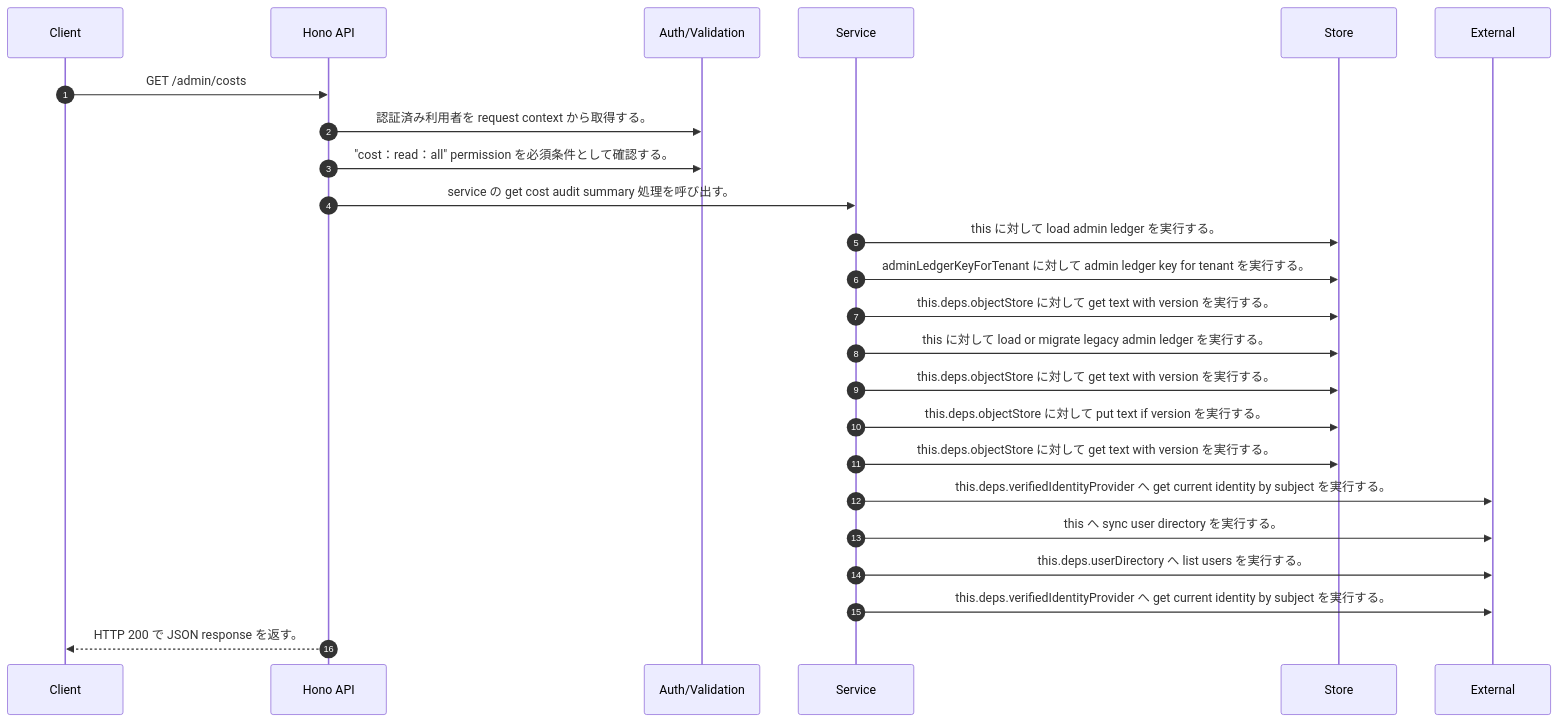
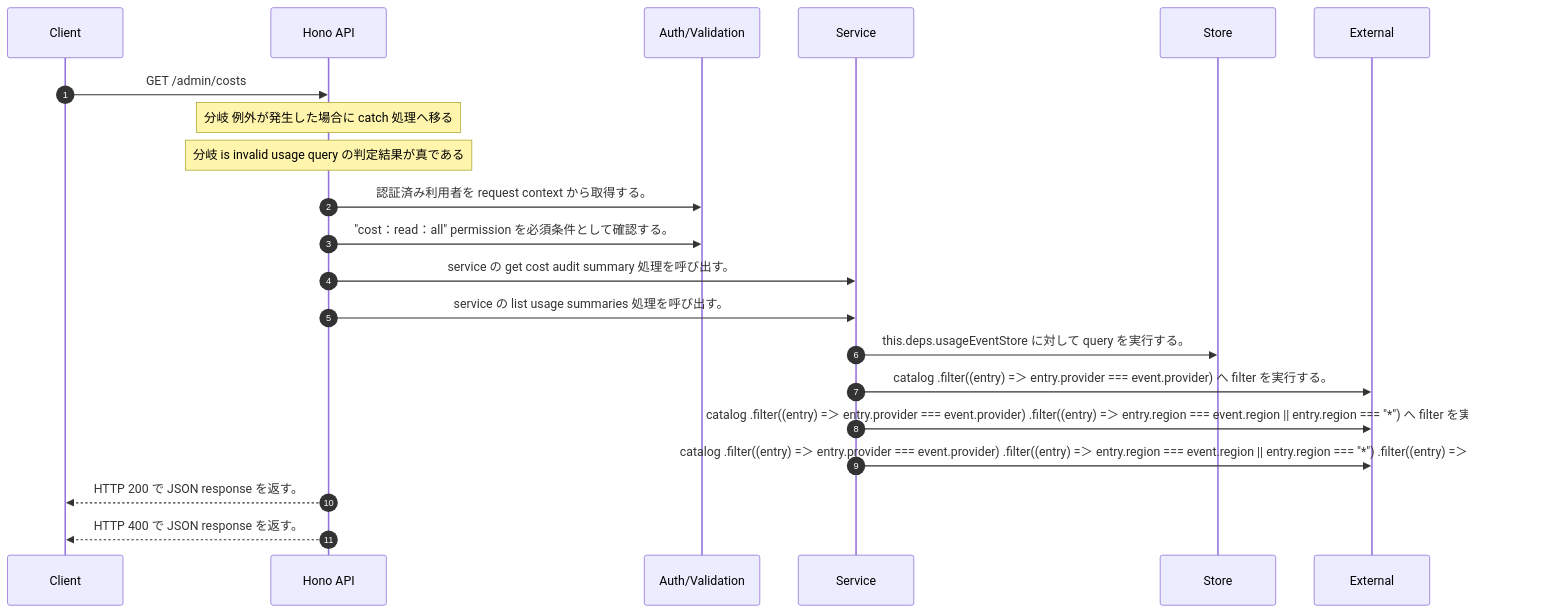
One commit to tsuji-tomonori/rag-assist changed the diagram in docs/generated/api-code/get-admin-costs/sequence_gen.md. Above: the diagram before and after it, drawn with Mermaid. The commit also changed other lines of this file and 398 other files, not shown here.

````diff
--- a/docs/generated/api-code/get-admin-costs/sequence_gen.md
+++ b/docs/generated/api-code/get-admin-costs/sequence_gen.md
@@ -7,26 +7,23 @@
 ```mermaid
 sequenceDiagram
   autonumber
   participant Client as Client
   participant API as Hono API
   participant Auth as Auth/Validation
   participant Service as Service
   participant Store as Store
   participant External as External
   Client->>API: GET /admin/costs
+  Note over API: 分岐 例外が発生した場合に catch 処理へ移る
+  Note over API: 分岐 is invalid usage query の判定結果が真である
   API->>Auth: 認証済み利用者を request context から取得する。
   API->>Auth: "cost：read：all" permission を必須条件として確認する。
   API->>Service: service の get cost audit summary 処理を呼び出す。
-  Service->>Store: this に対して load admin ledger を実行する。
-  Service->>Store: adminLedgerKeyForTenant に対して admin ledger key for tenant を実行する。
-  Service->>Store: this.deps.objectStore に対して get text with version を実行する。
-  Service->>Store: this に対して load or migrate legacy admin ledger を実行する。
-  Service->>Store: this.deps.objectStore に対して get text with version を実行する。
-  Service->>Store: this.deps.objectStore に対して put text if version を実行する。
-  Service->>Store: this.deps.objectStore に対して get text with version を実行する。
-  Service->>External: this.deps.verifiedIdentityProvider へ get current identity by subject を実行する。
-  Service->>External: this へ sync user directory を実行する。
-  Service->>External: this.deps.userDirectory へ list users を実行する。
-  Service->>External: this.deps.verifiedIdentityProvider へ get current identity by subject を実行する。
+  API->>Service: service の list usage summaries 処理を呼び出す。
+  Service->>Store: this.deps.usageEventStore に対して query を実行する。
+  Service->>External: catalog     .filter((entry) =＞ entry.provider === event.provider)      へ filter を実行する。
+  Service->>External: catalog     .filter((entry) =＞ entry.provider === event.provider)     .filter((entry) =＞ entry.region === event.region || entry.region === "*")      へ filter を実行する。
+  Service->>External: catalog     .filter((entry) =＞ entry.provider === event.provider)     .filter((entry) =＞ entry.region === event.region || entry.region === "*")     .filter((entry) =＞ entry.modelI…
   API-->>Client: HTTP 200 で JSON response を返す。
+  API-->>Client: HTTP 400 で JSON response を返す。
 ```
````
